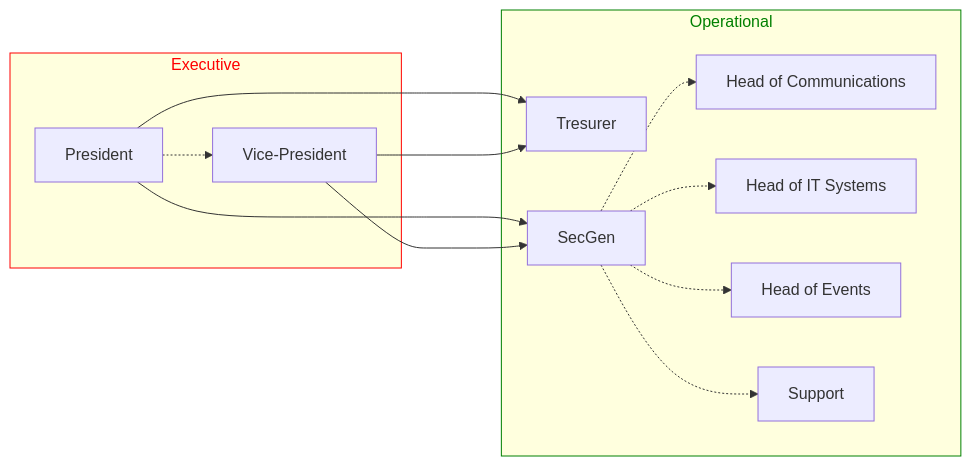
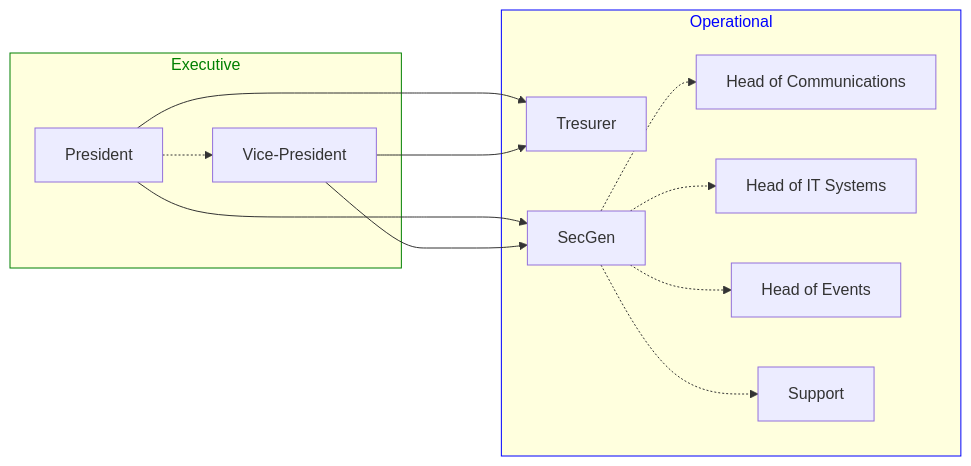
Before and after one commit to DataScIIEnce-ENSIIE/datasciience-ensiie.github.io: the diagram in docs/admin.md, drawn with Mermaid.

Commit message:
Updating colors

````diff
--- a/docs/admin.md
+++ b/docs/admin.md
@@ -5,20 +5,19 @@
 ``` mermaid
 graph LR
+    style Executive color:green, stroke:green
+    style Operational color:blue, stroke:blue
     subgraph Executive
         President[President] -.-> VP[Vice-President]
     end
 
     subgraph Operational
         President ---> Tresurer
         President ---> SecGen
         VP ---> Tresurer
         VP ---> SecGen
         SecGen -.-> HeadCommunication[Head of Communications]
         SecGen -.-> HeatIT[Head of IT Systems]
         SecGen -.-> HeadEvents[Head of Events]
         SecGen -.-> Support[Support]
     end
-    style Executive color:red, stroke:red
-    style Operational color:green, stroke:green
-
 ```
````
